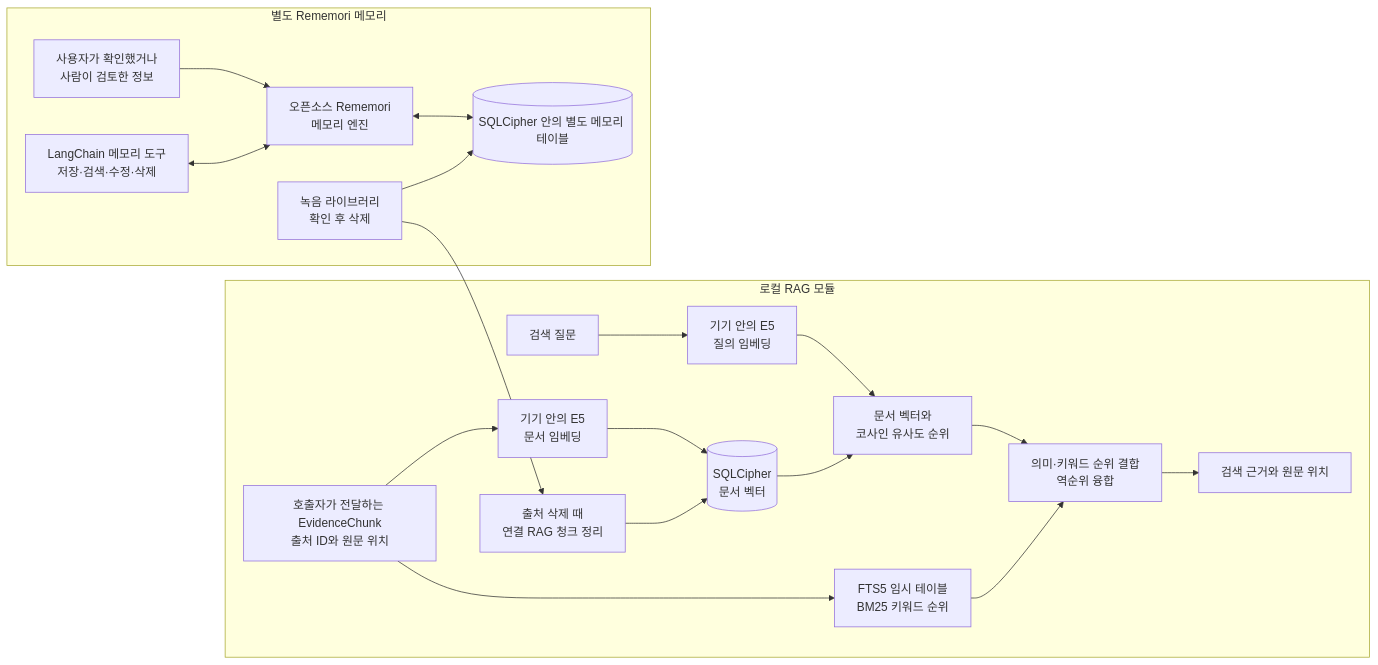
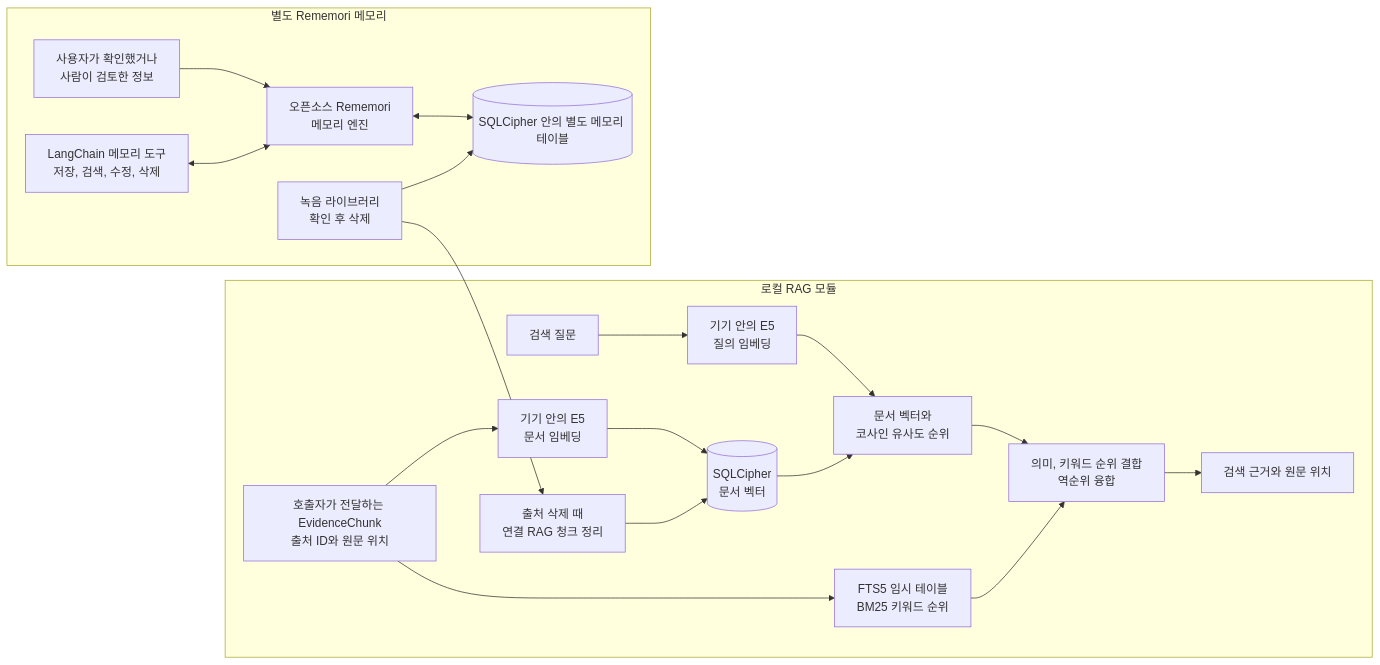
One commit to eunsoogi/orot changed the third of 6 diagrams in docs/architecture.md. Above: the diagram before and after it, drawn with Mermaid. The commit also changed other lines of this file and 3 other files, not shown here.

Commit message:
docs(readme): align features and architecture introduction

````diff
--- a/docs/architecture.md
+++ b/docs/architecture.md
@@ -102,34 +105,34 @@
 ```mermaid
 flowchart LR
   subgraph rag["로컬 RAG 모듈"]
     chunks["호출자가 전달하는 EvidenceChunk<br/>출처 ID와 원문 위치"]
     document["기기 안의 E5<br/>문서 임베딩"]
     vectors[("SQLCipher<br/>문서 벡터")]
     query["검색 질문"]
     queryVector["기기 안의 E5<br/>질의 임베딩"]
     similarity["문서 벡터와<br/>코사인 유사도 순위"]
     fts["FTS5 임시 테이블<br/>BM25 키워드 순위"]
-    fusion["의미·키워드 순위 결합<br/>역순위 융합"]
+    fusion["의미, 키워드 순위 결합<br/>역순위 융합"]
     hits["검색 근거와 원문 위치"]
     deleteRag["출처 삭제 때<br/>연결 RAG 청크 정리"]
     chunks --> document --> vectors
     query --> queryVector --> similarity
     vectors --> similarity --> fusion
     chunks --> fts --> fusion
     fusion --> hits
     deleteRag --> vectors
   end
 
   subgraph memory["별도 Rememori 메모리"]
     approved["사용자가 확인했거나<br/>사람이 검토한 정보"]
-    tools["LangChain 메모리 도구<br/>저장·검색·수정·삭제"]
+    tools["LangChain 메모리 도구<br/>저장, 검색, 수정, 삭제"]
     engine["오픈소스 Rememori<br/>메모리 엔진"]
     memoryTable[("SQLCipher 안의 별도 메모리 테이블")]
     removeSource["녹음 라이브러리<br/>확인 후 삭제"]
     approved --> engine
     tools <--> engine
     engine <--> memoryTable
     removeSource --> memoryTable
     removeSource --> deleteRag
   end
 ```
````
